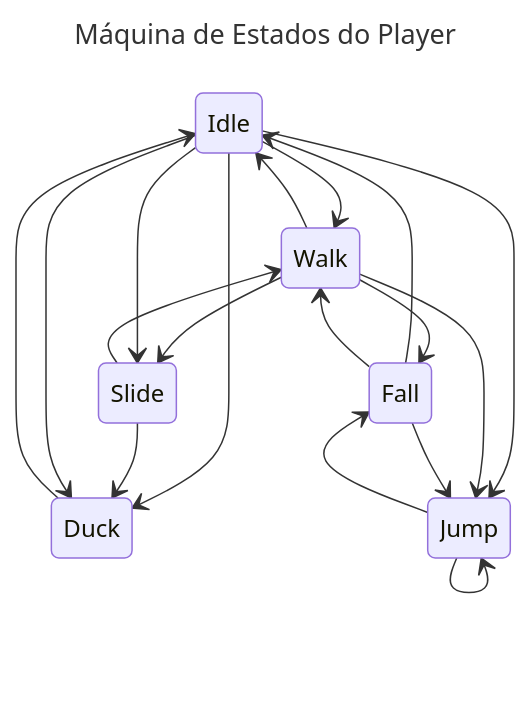
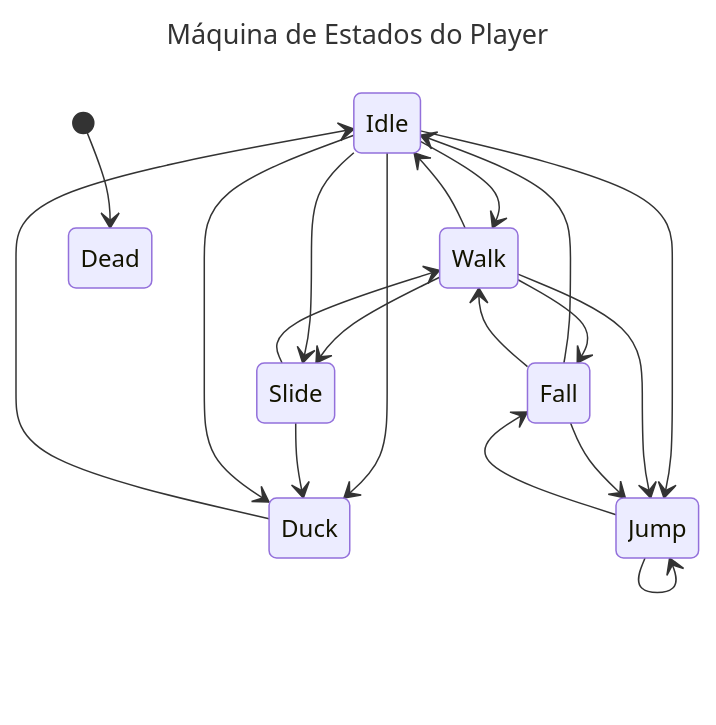
One commit to hebertviana/GameGodotEngine changed the diagram in README.md. Above: the diagram before and after it, drawn with Mermaid.

````diff
--- a/README.md
+++ b/README.md
@@ -4,31 +4,33 @@
 ```mermaid
 ---
 title: Máquina de Estados do Player
 ---
 %%{init: {"theme": "hand-drawn"}}%%
 stateDiagram-v2
     Idle --> Duck
     Idle --> Walk
     Idle --> Jump
 
     Duck --> Idle
 
     Slide --> Walk
     Slide --> Duck
 
     Walk --> Idle
     Walk --> Fall
     Walk --> Jump
     Walk --> Slide
     
     Jump --> Jump
     Jump --> Fall
     
     Fall --> Idle
     Fall --> Jump
     Fall --> Walk
 
     Idle --> Duck
     Idle --> Slide
 
+	[*] --> Dead
+
 ```
````
